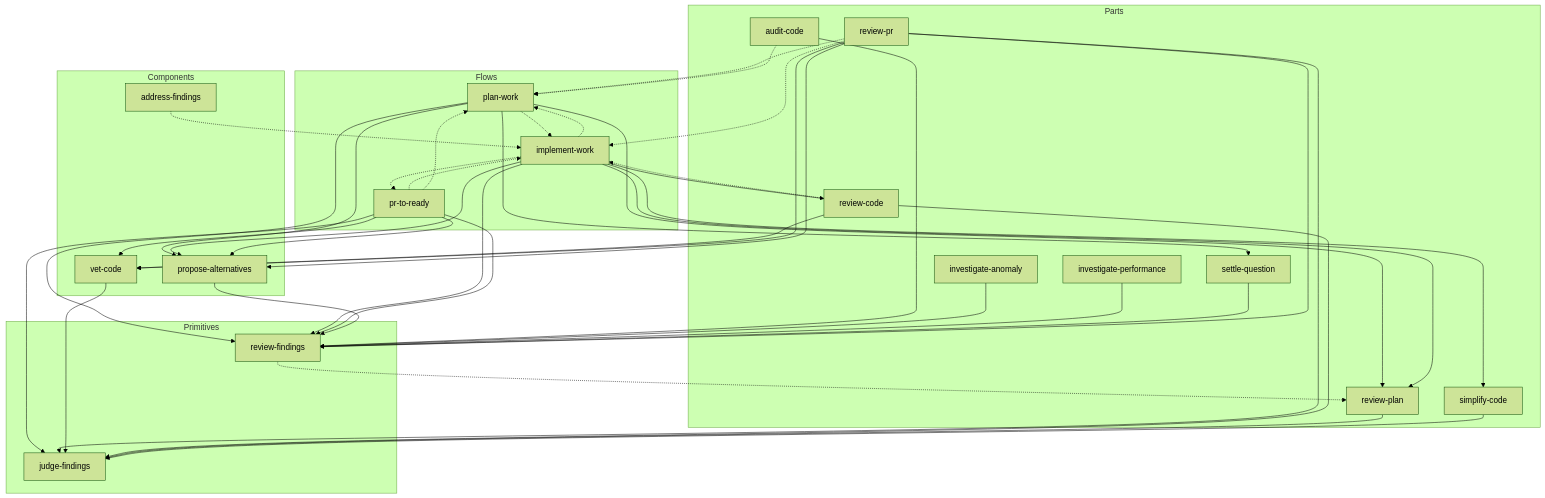
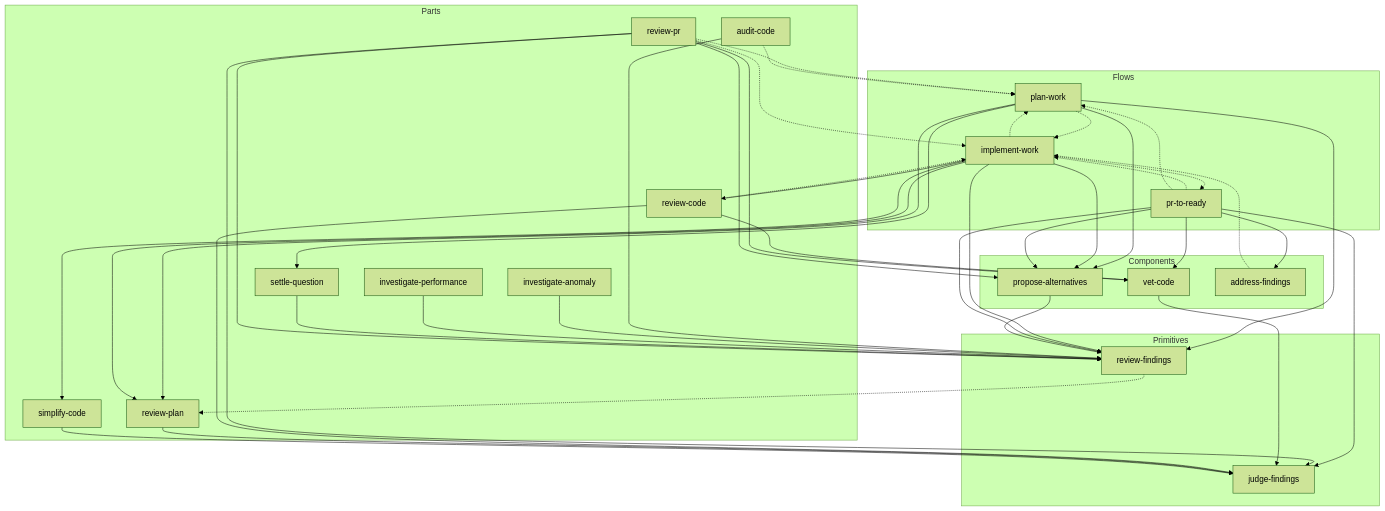
Before and after one commit to yowcow/dude: the first of 2 diagrams in README.md, drawn with Mermaid (forest theme). The commit also changed 2 other files, not shown here.

Commit message:
fix: pr-to-ready が指摘を投稿者を問わず判定し、対応と返答を address-findings に渡す
判定に回すものを、投稿者を問わず未 resolve のスレッドと、実行の開始より後に届いたスレッドを持たない指摘に定める。clean の母集団をそれらに揃える。スレッド返信・resolve・返信直前の pending review の番・verdict コメントの形は address-findings に移し、本文から除く。

refs #908

````diff
--- a/README.md
+++ b/README.md
@@ -39,67 +39,68 @@
 ```mermaid
 flowchart TB
   subgraph Flows
     plan-work
     implement-work
     pr-to-ready
   end
   subgraph Parts
     review-code
     review-plan
     simplify-code
     review-pr
     audit-code
     settle-question
     investigate-anomaly
     investigate-performance
   end
   subgraph Components
     vet-code
     propose-alternatives
     address-findings
   end
   subgraph Primitives
     judge-findings
     review-findings
   end
 
   plan-work -.-> implement-work
   implement-work -.-> plan-work
   implement-work -.-> pr-to-ready
   pr-to-ready -.-> implement-work
   pr-to-ready -.-> plan-work
   review-code -.-> implement-work
   review-pr -.-> implement-work
   review-pr -.-> plan-work
   audit-code -.-> plan-work
   review-findings -.-> review-plan
   address-findings -.-> implement-work
 
   plan-work --> review-plan
   plan-work --> settle-question
   plan-work --> propose-alternatives
   plan-work --> review-findings
   implement-work --> review-code
   implement-work --> review-plan
   implement-work --> simplify-code
   implement-work --> propose-alternatives
   implement-work --> review-findings
   pr-to-ready --> vet-code
   pr-to-ready --> judge-findings
   pr-to-ready --> propose-alternatives
   pr-to-ready --> review-findings
+  pr-to-ready --> address-findings
   audit-code --> review-findings
   investigate-anomaly --> review-findings
   investigate-performance --> review-findings
   settle-question --> review-findings
   review-code --> vet-code
   review-pr --> vet-code
   review-pr --> judge-findings
   review-pr --> propose-alternatives
   review-pr --> review-findings
   propose-alternatives --> review-findings
   vet-code --> judge-findings
   review-code --> judge-findings
   review-plan --> judge-findings
   simplify-code --> judge-findings
 ```
````
